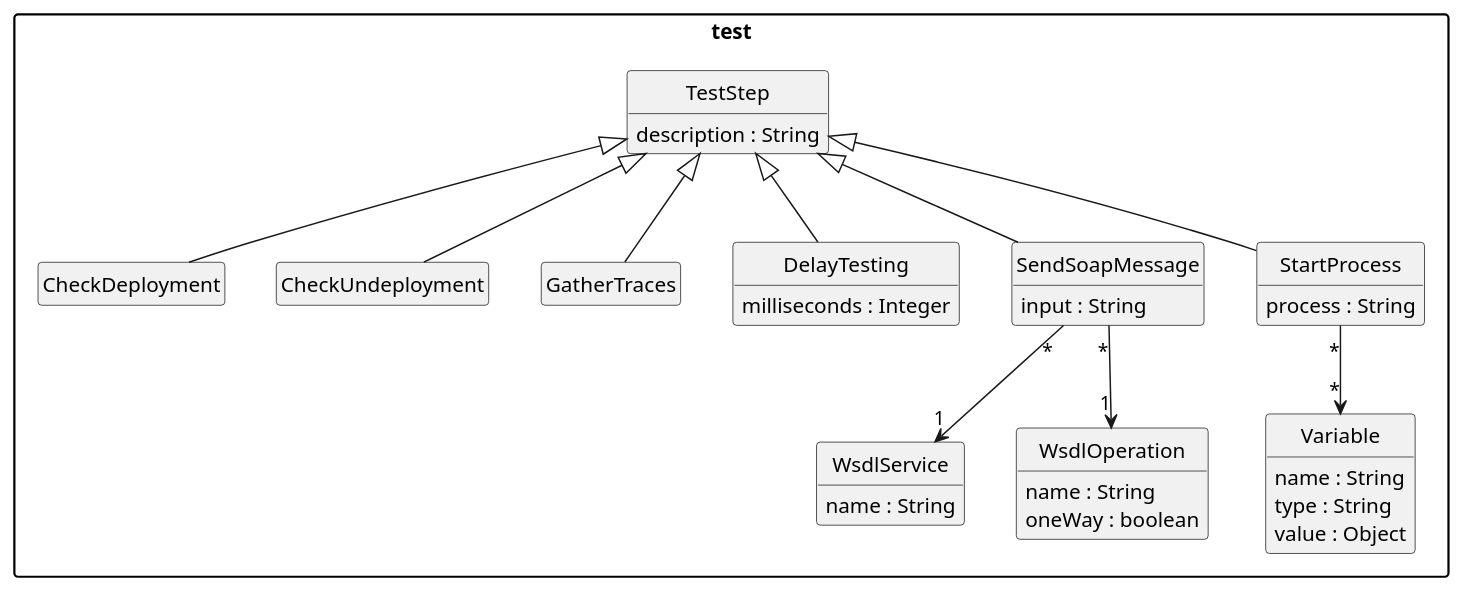
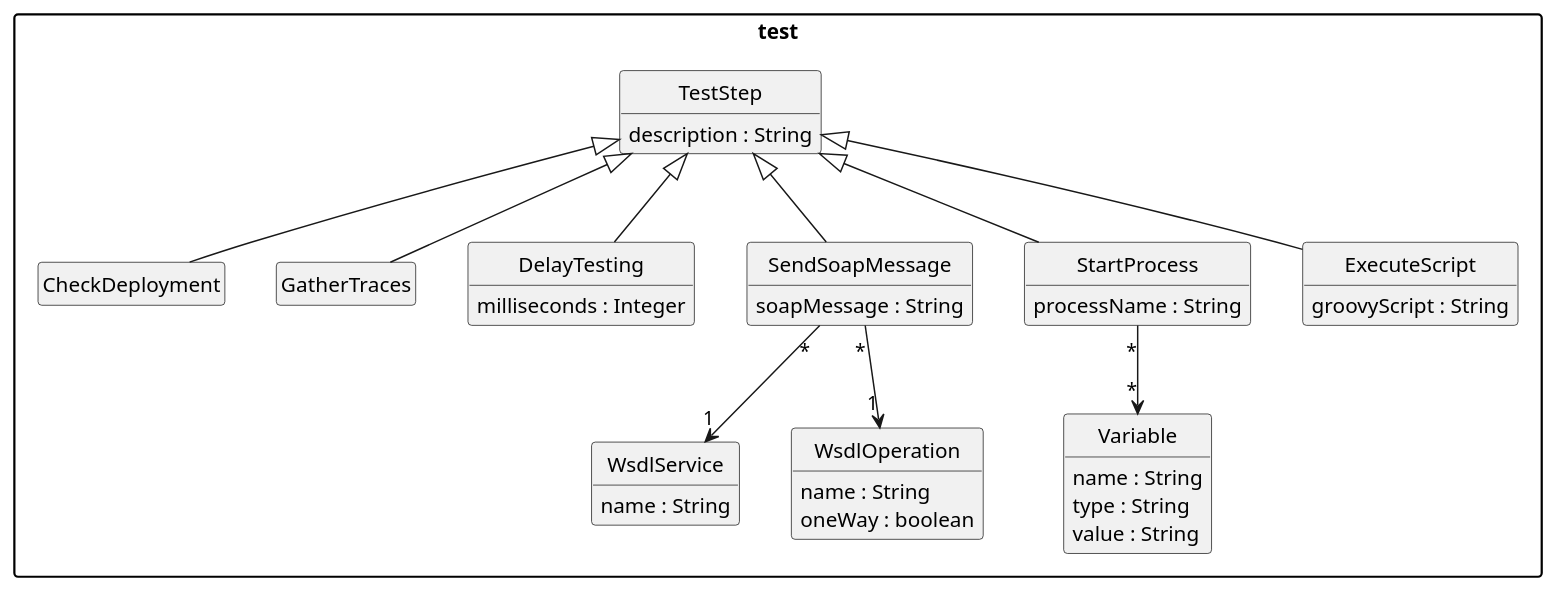
The diagram in pebl/doc/benchmark-test-steps.puml (uniba-dsg/betsy), drawn with PlantUML before and after one commit. The commit also changed 17 other files, not shown here.

```diff
--- a/pebl/doc/benchmark-test-steps.puml
+++ b/pebl/doc/benchmark-test-steps.puml
@@ -1,48 +1,52 @@
 @startuml
 
 package "test" {
 
 	class TestStep {
 	  description : String
 	}
 
 	class CheckDeployment extends TestStep
-	class CheckUndeployment extends TestStep
 	class GatherTraces extends TestStep
 	class DelayTesting extends TestStep {
 	  milliseconds : Integer
 	}
 	class SendSoapMessage extends TestStep {
-	  input : String
+	  soapMessage : String
 
 	}
 	class WsdlService{
 	 name : String
 	}
 	class WsdlOperation {
 	name : String
 	oneWay : boolean
 	}
 	class StartProcess extends TestStep{
-	  process : String
+	  processName : String
 	}
+
+	class ExecuteScript extends TestStep {
+	      groovyScript : String
+    	}
+
 	class Variable {
 	  name : String
 	  type : String
-	  value : Object
+	  value : String
 	}
 
 }
 
 StartProcess "*" -down-> "*" Variable
 SendSoapMessage "*" -down-> "1" WsdlService
 SendSoapMessage "*" -down-> "1" WsdlOperation
 
 hide empty members
 hide empty methods
 hide circle
 
 skinparam monochrome true
 skinparam shadowing false
 skinparam packageStyle rect
 @enduml
```
